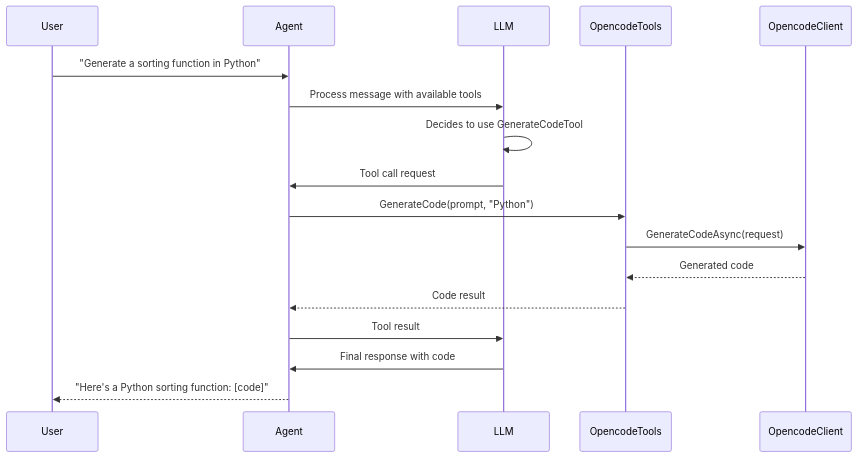
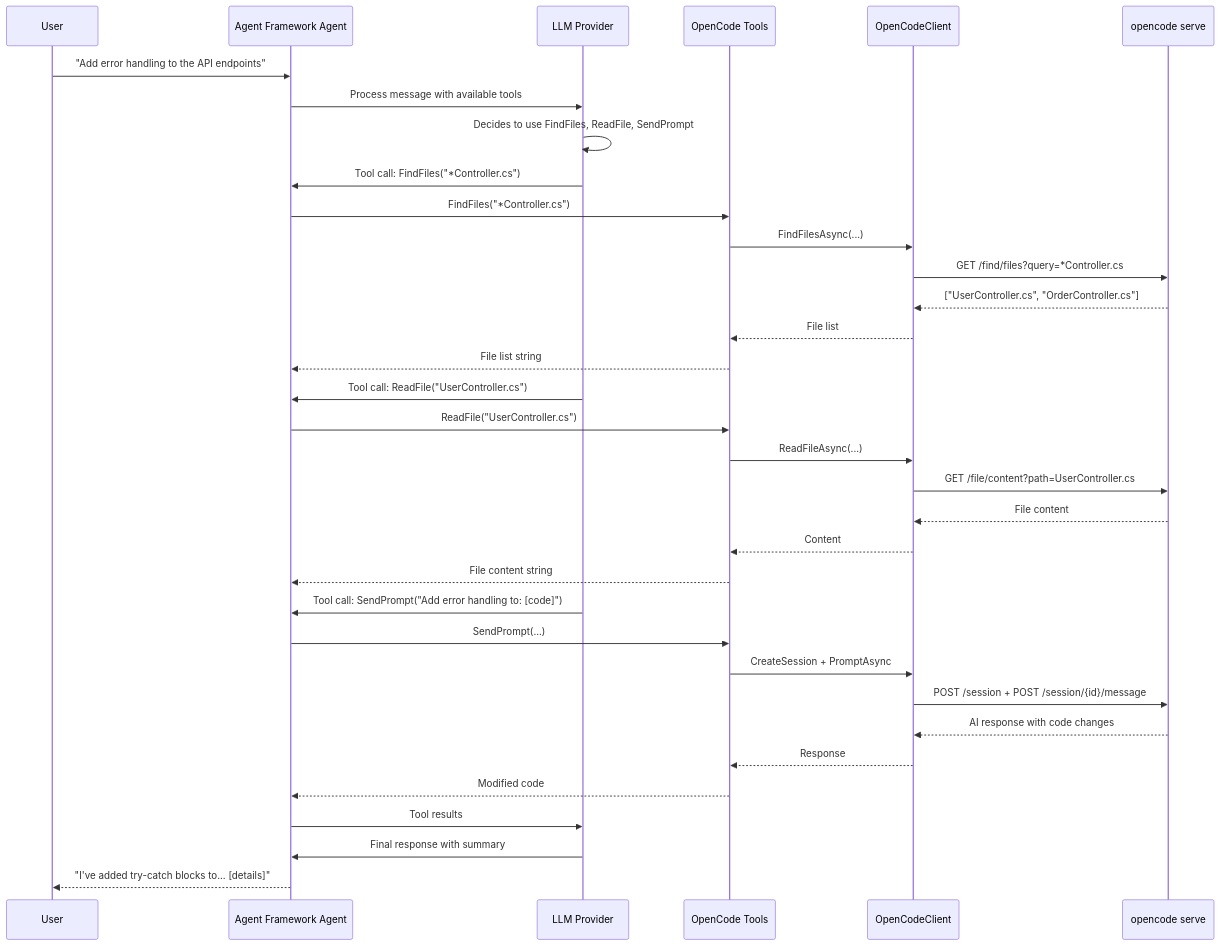
The diagram in docs/agent-framework/integration-possibilities/02-opencode-as-tools.md (jaredthirsk/opencode-dotnet), drawn with Mermaid before and after one commit. The commit also changed other lines of this file, not shown here.

First line of the commit message:
docs(agent-framework): update integration possibilities guide

````diff
--- a/docs/agent-framework/integration-possibilities/02-opencode-as-tools.md
+++ b/docs/agent-framework/integration-possibilities/02-opencode-as-tools.md
@@ -303,20 +307,41 @@
 ```mermaid
 sequenceDiagram
     participant User
-    participant Agent
-    participant LLM
-    participant OpencodeTools
-    participant OpencodeClient
+    participant Agent as Agent Framework Agent
+    participant LLM as LLM Provider
+    participant Tools as OpenCode Tools
+    participant Client as OpenCodeClient
+    participant Server as opencode serve
 
-    User->>Agent: "Generate a sorting function in Python"
+    User->>Agent: "Add error handling to the API endpoints"
     Agent->>LLM: Process message with available tools
-    LLM->>LLM: Decides to use GenerateCodeTool
-    LLM->>Agent: Tool call request
-    Agent->>OpencodeTools: GenerateCode(prompt, "Python")
-    OpencodeTools->>OpencodeClient: GenerateCodeAsync(request)
-    OpencodeClient-->>OpencodeTools: Generated code
-    OpencodeTools-->>Agent: Code result
-    Agent->>LLM: Tool result
-    LLM->>Agent: Final response with code
-    Agent-->>User: "Here's a Python sorting function: [code]"
+    LLM->>LLM: Decides to use FindFiles, ReadFile, SendPrompt
+
+    LLM->>Agent: Tool call: FindFiles("*Controller.cs")
+    Agent->>Tools: FindFiles("*Controller.cs")
+    Tools->>Client: FindFilesAsync(...)
+    Client->>Server: GET /find/files?query=*Controller.cs
+    Server-->>Client: ["UserController.cs", "OrderController.cs"]
+    Client-->>Tools: File list
+    Tools-->>Agent: File list string
+
+    LLM->>Agent: Tool call: ReadFile("UserController.cs")
+    Agent->>Tools: ReadFile("UserController.cs")
+    Tools->>Client: ReadFileAsync(...)
+    Client->>Server: GET /file/content?path=UserController.cs
+    Server-->>Client: File content
+    Client-->>Tools: Content
+    Tools-->>Agent: File content string
+
+    LLM->>Agent: Tool call: SendPrompt("Add error handling to: [code]")
+    Agent->>Tools: SendPrompt(...)
+    Tools->>Client: CreateSession + PromptAsync
+    Client->>Server: POST /session + POST /session/{id}/message
+    Server-->>Client: AI response with code changes
+    Client-->>Tools: Response
+    Tools-->>Agent: Modified code
+
+    Agent->>LLM: Tool results
+    LLM->>Agent: Final response with summary
+    Agent-->>User: "I've added try-catch blocks to... [details]"
 ```
````
